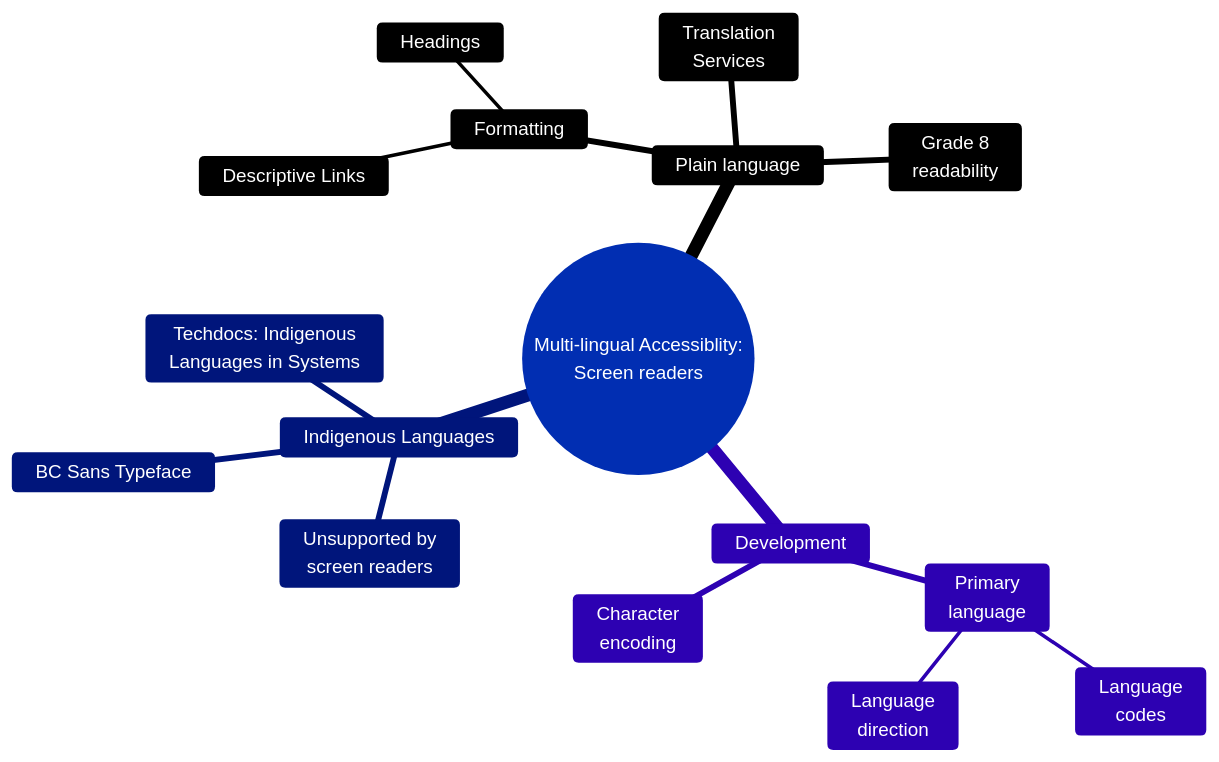
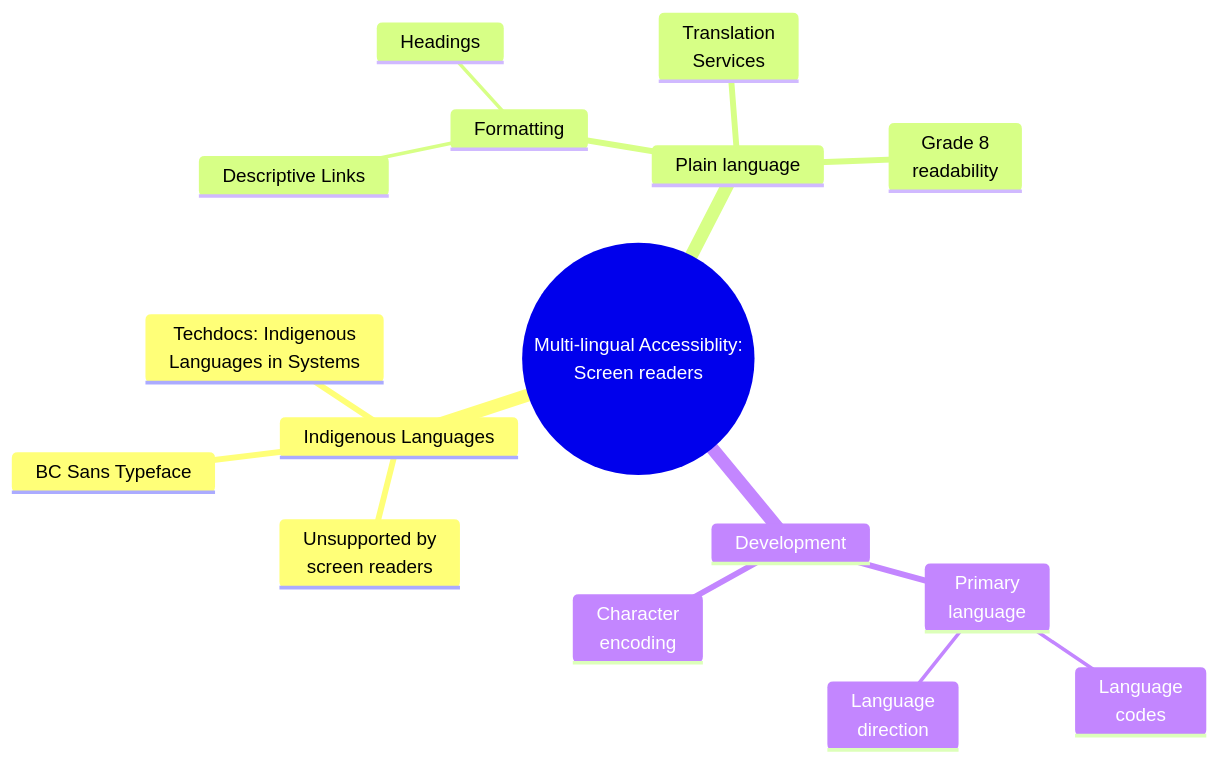
Before and after one commit to bcgov/bcdg: the diagram in docs/accessibility-resources.md, drawn with Mermaid.

`````diff
--- a/docs/accessibility-resources.md
+++ b/docs/accessibility-resources.md
@@ -7,36 +7,23 @@
 ```mermaid
-%%{
-  init: {
-    'theme': 'base',
-    'themeVariables': {
-      'primaryColor': '#3467FE',
-      'primaryTextColor': '#fff',
-      'primaryBorderColor': '#7C0000',
-      'lineColor': '#000000',
-      'secondaryColor': '#002AFA',
-      'tertiaryColor': '#1C4D5A'
-    }
-  }
-}%%
 
 mindmap
   root((Multi-lingual Accessiblity: <br> Screen readers))
     Indigenous Languages
             Unsupported by<br> screen readers
             BC Sans Typeface
             Techdocs: Indigenous<br> Languages in Systems
               
     Plain language
         Formatting
             Headings
             Descriptive Links
         Grade 8 <br> readability
         Translation<br> Services
 
     Development
         Primary<br> language
             Language<br> codes
             Language<br> direction
         Character<br> encoding
               
 ````
`````
